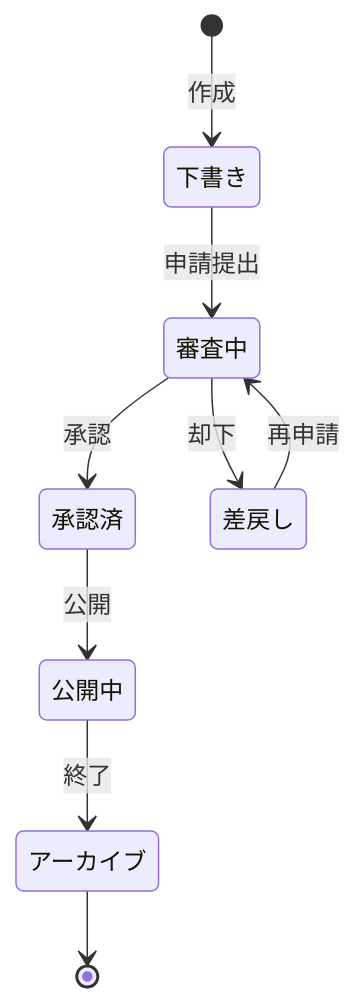
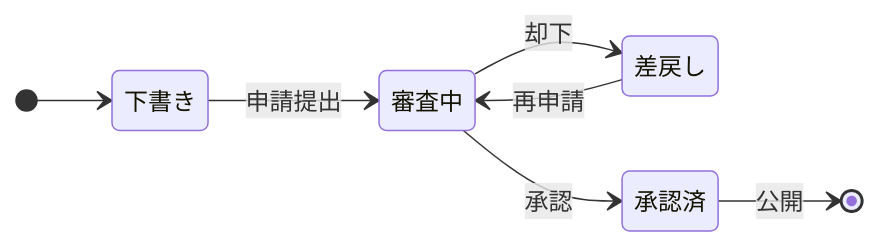
One commit to FunUd/ai-centric-marp-themes changed the diagram in scripts/diagrams/templates/mermaid/state-machine.mmd. Above: the diagram before and after it, drawn with Mermaid. The commit also changed 48 other files, not shown here.

```diff
--- a/scripts/diagrams/templates/mermaid/state-machine.mmd
+++ b/scripts/diagrams/templates/mermaid/state-machine.mmd
@@ -1,9 +1,9 @@
+%% aspect: 2.4
 stateDiagram-v2
-    [*] --> 下書き: 作成
+    direction LR
+    [*] --> 下書き
     下書き --> 審査中: 申請提出
-    審査中 --> 承認済: 承認
     審査中 --> 差戻し: 却下
     差戻し --> 審査中: 再申請
-    承認済 --> 公開中: 公開
-    公開中 --> アーカイブ: 終了
-    アーカイブ --> [*]
+    審査中 --> 承認済: 承認
+    承認済 --> [*]: 公開
```
